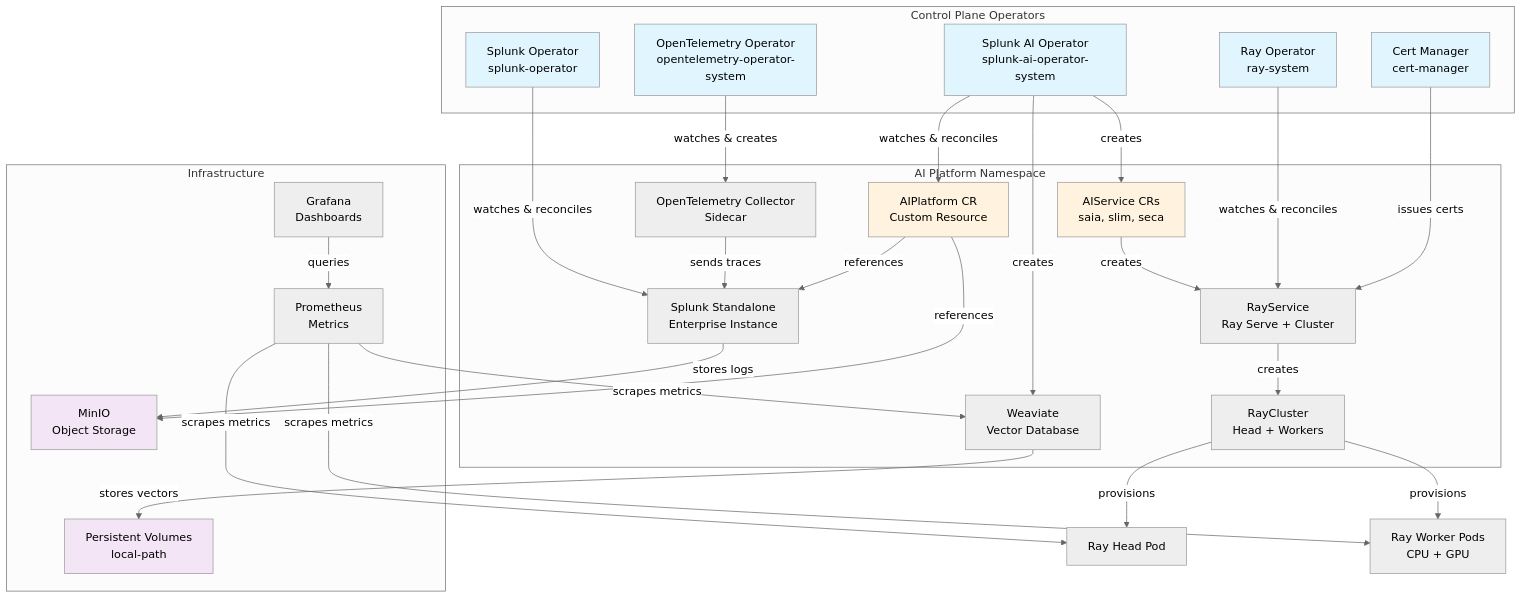
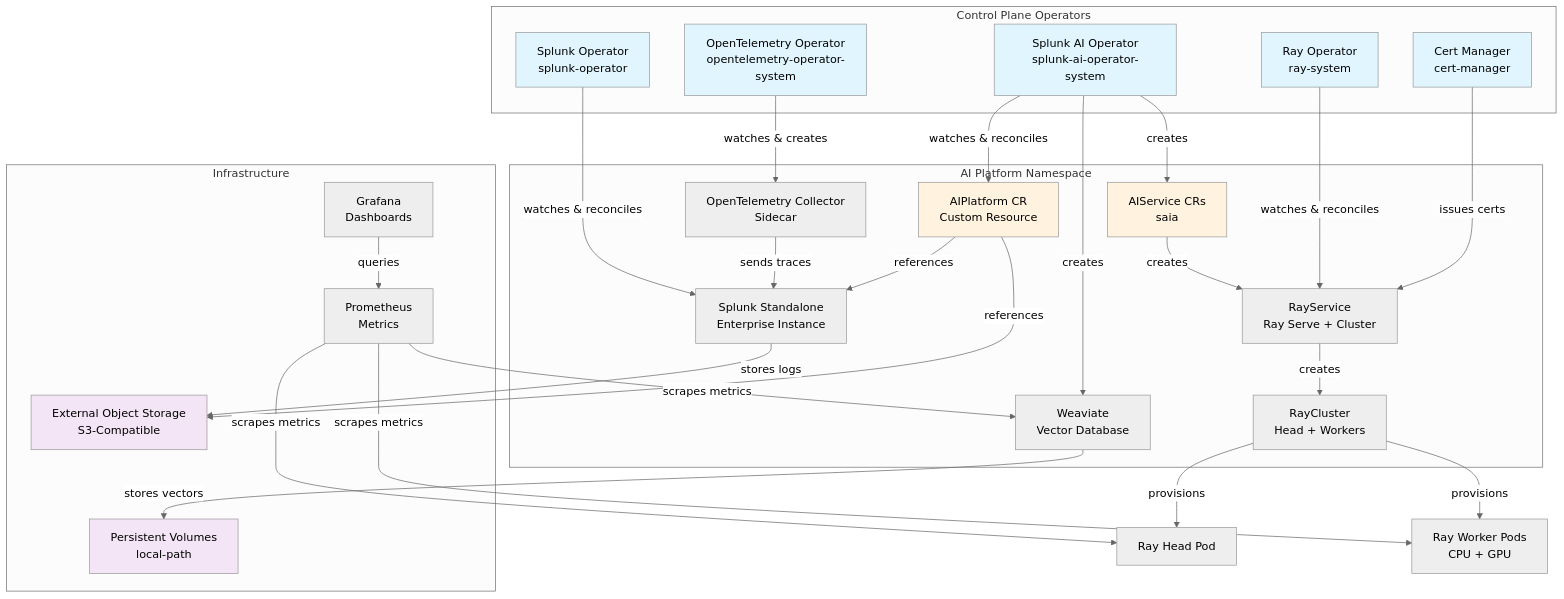
The diagram in tools/cluster_setup/K0S_README.md (splunk/splunk-ai-operator), drawn with Mermaid (neutral theme) before and after one commit. The commit also changed other lines of this file and 7 other files, not shown here.

````diff
--- a/tools/cluster_setup/K0S_README.md
+++ b/tools/cluster_setup/K0S_README.md
@@ -1201,63 +632,63 @@
 ```mermaid
 graph TB
     subgraph "Control Plane Operators"
         AIOP[Splunk AI Operator<br/>splunk-ai-operator-system]
         SPLOP[Splunk Operator<br/>splunk-operator]
         RAYOP[Ray Operator<br/>ray-system]
         CERTMGR[Cert Manager<br/>cert-manager]
         OTELOP[OpenTelemetry Operator<br/>opentelemetry-operator-system]
     end
 
     subgraph "AI Platform Namespace"
         AIPLATFORM[AIPlatform CR<br/>Custom Resource]
-        AISERVICE[AIService CRs<br/>saia, slim, seca]
+        AISERVICE[AIService CRs<br/>saia]
         RAYSERVICE[RayService<br/>Ray Serve + Cluster]
         RAYCLUSTER[RayCluster<br/>Head + Workers]
         WEAVIATE[Weaviate<br/>Vector Database]
         SPLUNK[Splunk Standalone<br/>Enterprise Instance]
         OTELCOL[OpenTelemetry Collector<br/>Sidecar]
     end
 
     subgraph "Infrastructure"
-        MINIO[MinIO<br/>Object Storage]
+        OBJSTORE[External Object Storage<br/>S3-Compatible]
         PROMETHEUS[Prometheus<br/>Metrics]
         GRAFANA[Grafana<br/>Dashboards]
         STORAGE[Persistent Volumes<br/>local-path]
     end
 
     AIOP -->|watches & reconciles| AIPLATFORM
     AIOP -->|creates| AISERVICE
     AIOP -->|creates| WEAVIATE
     AISERVICE -->|creates| RAYSERVICE
     RAYOP -->|watches & reconciles| RAYSERVICE
     RAYSERVICE -->|creates| RAYCLUSTER
     RAYCLUSTER -->|provisions| RAYHEAD[Ray Head Pod]
     RAYCLUSTER -->|provisions| RAYWORKER[Ray Worker Pods<br/>CPU + GPU]
 
     SPLOP -->|watches & reconciles| SPLUNK
-    SPLUNK -->|stores logs| MINIO
+    SPLUNK -->|stores logs| OBJSTORE
 
     CERTMGR -->|issues certs| RAYSERVICE
 
     OTELOP -->|watches & creates| OTELCOL
     OTELCOL -->|sends traces| SPLUNK
 
-    AIPLATFORM -->|references| MINIO
+    AIPLATFORM -->|references| OBJSTORE
     AIPLATFORM -->|references| SPLUNK
     WEAVIATE -->|stores vectors| STORAGE
 
     PROMETHEUS -->|scrapes metrics| RAYHEAD
     PROMETHEUS -->|scrapes metrics| RAYWORKER
     PROMETHEUS -->|scrapes metrics| WEAVIATE
     GRAFANA -->|queries| PROMETHEUS
 
     style AIOP fill:#e1f5ff
     style SPLOP fill:#e1f5ff
     style RAYOP fill:#e1f5ff
     style CERTMGR fill:#e1f5ff
     style OTELOP fill:#e1f5ff
     style AIPLATFORM fill:#fff3e0
     style AISERVICE fill:#fff3e0
-    style MINIO fill:#f3e5f5
+    style OBJSTORE fill:#f3e5f5
     style STORAGE fill:#f3e5f5
 ```
````
